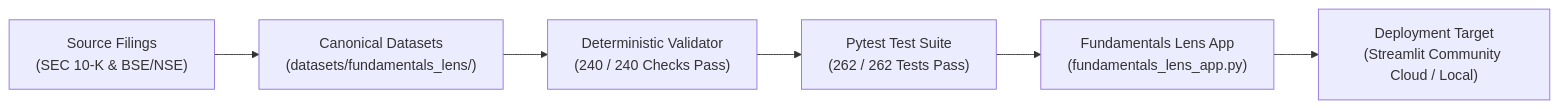
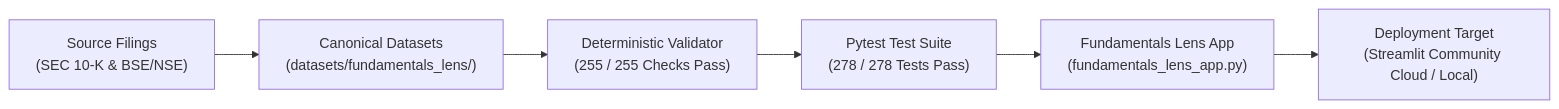
The diagram in docs/FUNDAMENTALS_LENS_DEPLOYMENT_READINESS.md (Rishika667/Financial-Intelligence-Radar), drawn with Mermaid before and after one commit. The commit also changed other lines of this file and 31 other files, not shown here.

````diff
--- a/docs/FUNDAMENTALS_LENS_DEPLOYMENT_READINESS.md
+++ b/docs/FUNDAMENTALS_LENS_DEPLOYMENT_READINESS.md
@@ -19,8 +19,8 @@
 ```mermaid
 flowchart LR
     A["Source Filings<br>(SEC 10-K & BSE/NSE)"] --> B["Canonical Datasets<br>(datasets/fundamentals_lens/)"]
-    B --> C["Deterministic Validator<br>(240 / 240 Checks Pass)"]
-    C --> D["Pytest Test Suite<br>(262 / 262 Tests Pass)"]
+    B --> C["Deterministic Validator<br>(255 / 255 Checks Pass)"]
+    C --> D["Pytest Test Suite<br>(278 / 278 Tests Pass)"]
     D --> E["Fundamentals Lens App<br>(fundamentals_lens_app.py)"]
     E --> F["Deployment Target<br>(Streamlit Community Cloud / Local)"]
 ```
````
